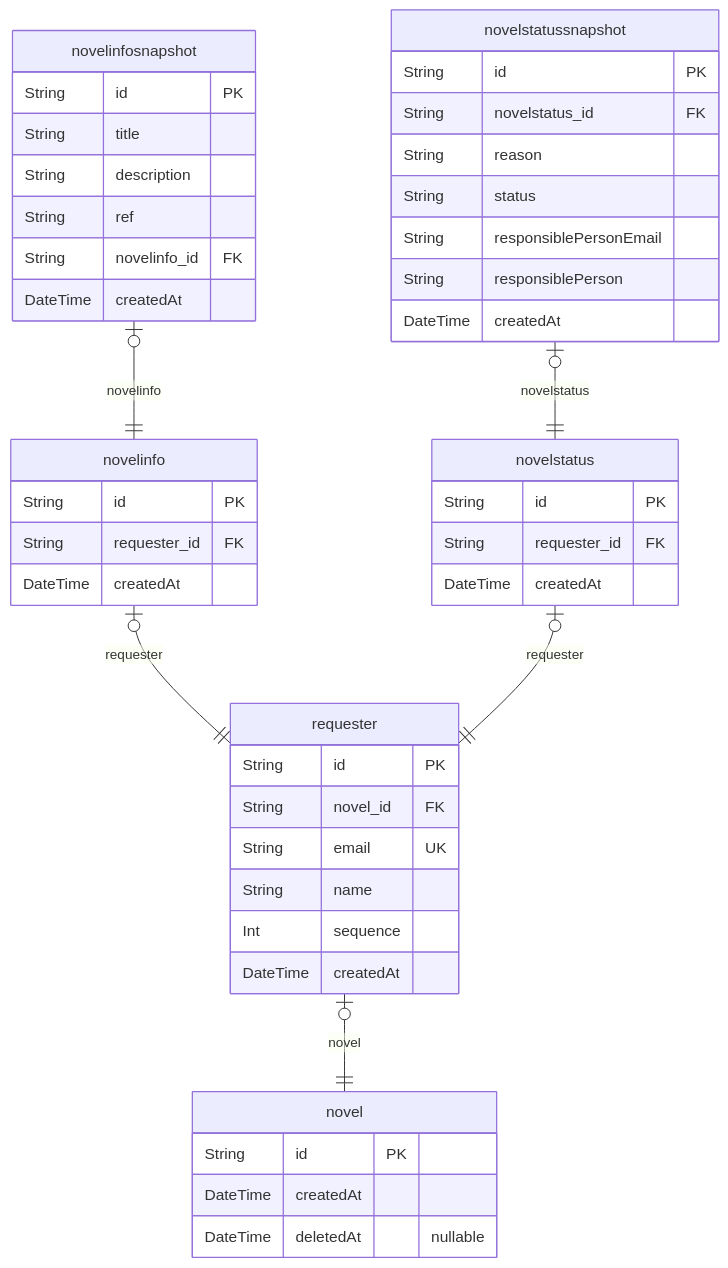
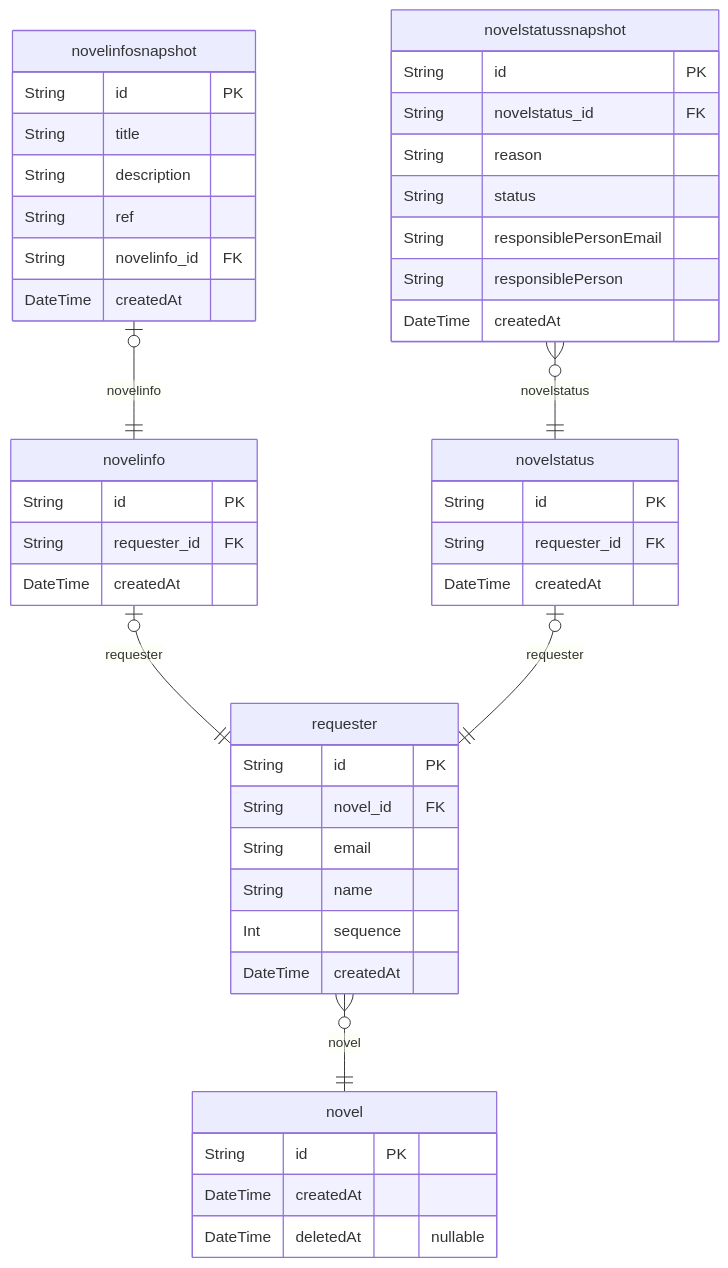
The diagram in ERD.md (ktb-eatbook/eatbook-community), drawn with Mermaid before and after one commit. The commit also changed other lines of this file and 33 other files, not shown here.

````diff
--- a/ERD.md
+++ b/ERD.md
@@ -7,48 +7,48 @@
 ```mermaid
 erDiagram
 "novel" {
   String id PK
   DateTime createdAt
   DateTime deletedAt "nullable"
 }
 "requester" {
   String id PK
   String novel_id FK
-  String email UK
+  String email
   String name
   Int sequence
   DateTime createdAt
 }
 "novelinfo" {
   String id PK
   String requester_id FK
   DateTime createdAt
 }
 "novelinfosnapshot" {
   String id PK
   String title
   String description
   String ref
   String novelinfo_id FK
   DateTime createdAt
 }
 "novelstatus" {
   String id PK
   String requester_id FK
   DateTime createdAt
 }
 "novelstatussnapshot" {
   String id PK
   String novelstatus_id FK
   String reason
   String status
   String responsiblePersonEmail
   String responsiblePerson
   DateTime createdAt
 }
-"requester" |o--|| "novel" : novel
+"requester" }o--|| "novel" : novel
 "novelinfo" |o--|| "requester" : requester
 "novelinfosnapshot" |o--|| "novelinfo" : novelinfo
 "novelstatus" |o--|| "requester" : requester
-"novelstatussnapshot" |o--|| "novelstatus" : novelstatus
+"novelstatussnapshot" }o--|| "novelstatus" : novelstatus
 ```
````
